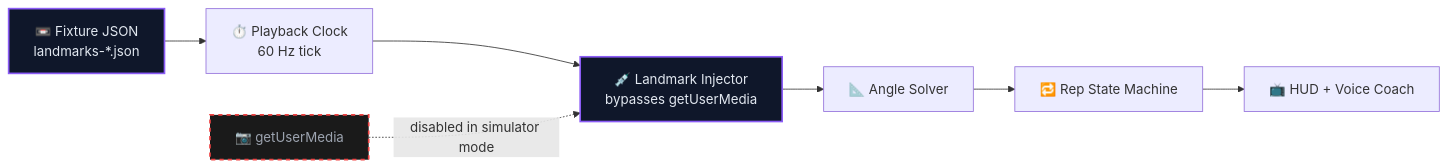
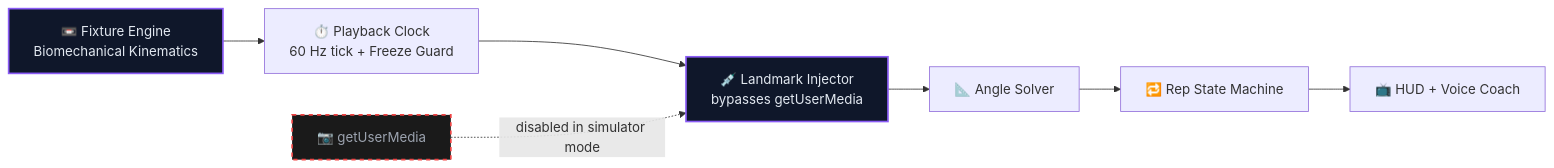
Before and after one commit to AdamBabinicz/pulsemotion-firetv: the third of 4 diagrams in README.md, drawn with Mermaid. The commit also changed other lines of this file and 10 other files, not shown here.

````diff
--- a/README.md
+++ b/README.md
@@ -442,12 +443,12 @@
 ```mermaid
 flowchart LR
-    F["📼 Fixture JSON<br/>landmarks-*.json"] --> P["⏱️ Playback Clock<br/>60 Hz tick"]
+    F["📼 Fixture Engine<br/>Biomechanical Kinematics"] --> P["⏱️ Playback Clock<br/>60 Hz tick + Freeze Guard"]
     P --> I["💉 Landmark Injector<br/>bypasses getUserMedia"]
     I --> S["📐 Angle Solver"]
     S --> FSM["🔁 Rep State Machine"]
     FSM --> HUD["📺 HUD + Voice Coach"]
     CAM["📷 getUserMedia"] -.->|disabled in simulator mode| I
     style F fill:#0f172a,stroke:#8b5cf6,stroke-width:2px,color:#e2e8f0
     style I fill:#0f172a,stroke:#8b5cf6,stroke-width:2px,color:#e2e8f0
     style CAM fill:#1a1a1a,stroke:#ef4444,stroke-width:2px,stroke-dasharray: 5 5,color:#9ca3af
 ```
````
